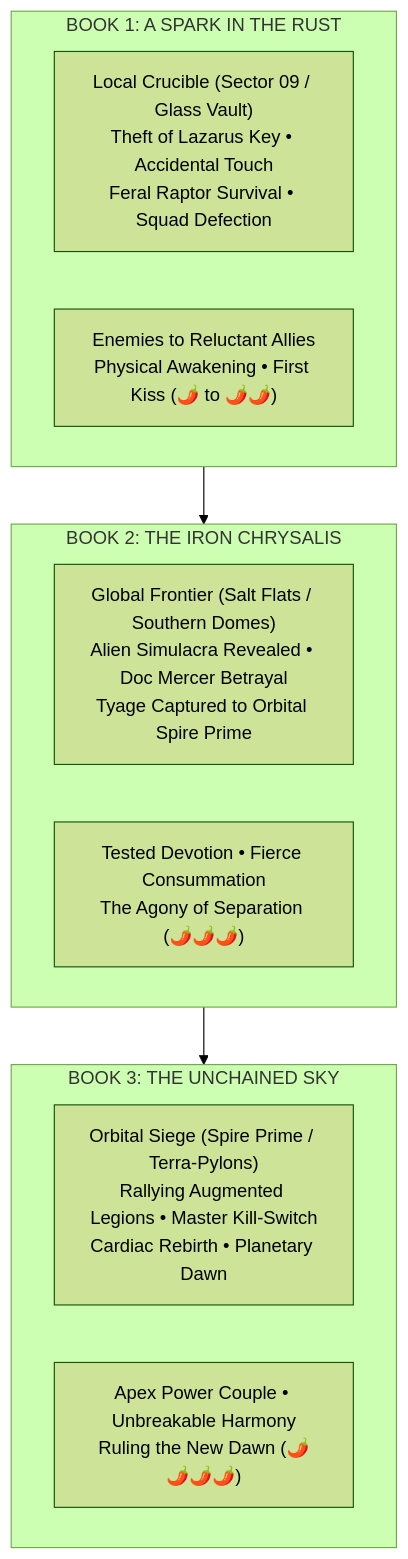
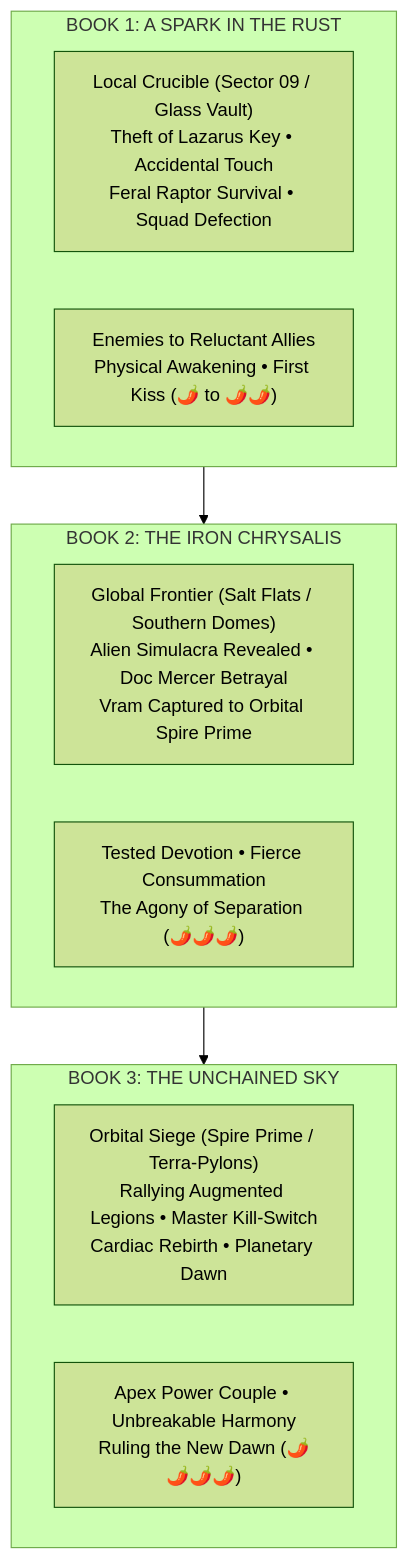
The diagram in 05_plot/trilogy_overview.md (ajuandiego/arkun), drawn with Mermaid (forest theme) before and after one commit. The commit also changed other lines of this file and 17 other files, not shown here.

````diff
--- a/05_plot/trilogy_overview.md
+++ b/05_plot/trilogy_overview.md
@@ -16,19 +16,19 @@
 ```mermaid
 graph TD
     subgraph B1 ["BOOK 1: A SPARK IN THE RUST"]
         B1_Plot["Local Crucible (Sector 09 / Glass Vault)<br/>Theft of Lazarus Key • Accidental Touch<br/>Feral Raptor Survival • Squad Defection"]
         B1_Romance["Enemies to Reluctant Allies<br/>Physical Awakening • First Kiss (🌶️ to 🌶️🌶️)"]
     end
 
     subgraph B2 ["BOOK 2: THE IRON CHRYSALIS"]
-        B2_Plot["Global Frontier (Salt Flats / Southern Domes)<br/>Alien Simulacra Revealed • Doc Mercer Betrayal<br/>Tyage Captured to Orbital Spire Prime"]
+        B2_Plot["Global Frontier (Salt Flats / Southern Domes)<br/>Alien Simulacra Revealed • Doc Mercer Betrayal<br/>Vram Captured to Orbital Spire Prime"]
         B2_Romance["Tested Devotion • Fierce Consummation<br/>The Agony of Separation (🌶️🌶️🌶️)"]
     end
 
     subgraph B3 ["BOOK 3: THE UNCHAINED SKY"]
         B3_Plot["Orbital Siege (Spire Prime / Terra-Pylons)<br/>Rallying Augmented Legions • Master Kill-Switch<br/>Cardiac Rebirth • Planetary Dawn"]
         B3_Romance["Apex Power Couple • Unbreakable Harmony<br/>Ruling the New Dawn (🌶️🌶️🌶️🌶️)"]
     end
 
     B1 --> B2 --> B3
 ```
````
